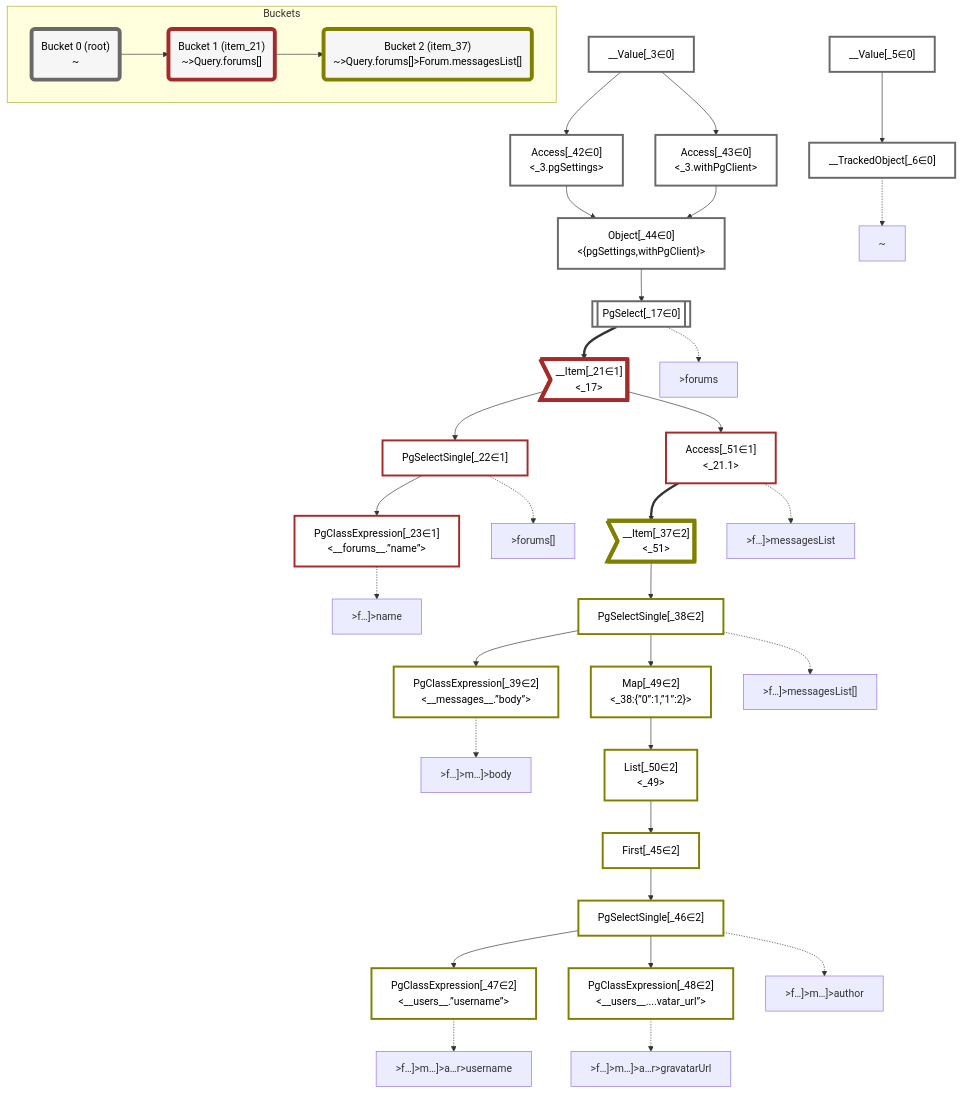
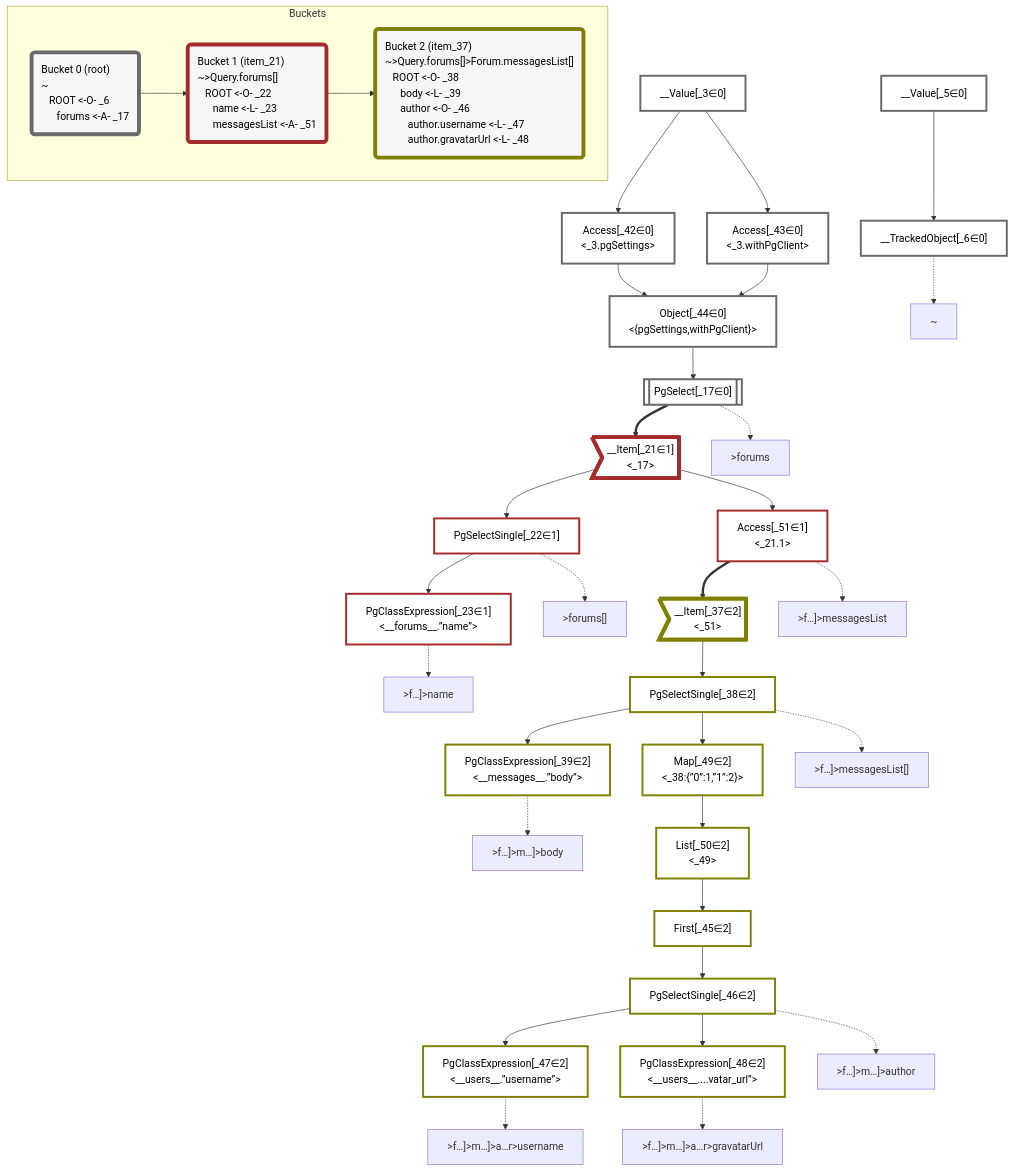
One commit to graphile/crystal changed the diagram in packages/dataplan-pg/__tests__/queries/conditions/include-all-archived.mermaid.md. Above: the diagram before and after it, drawn with Mermaid. The commit also changed 195 other files, not shown here.

```diff
--- a/packages/dataplan-pg/__tests__/queries/conditions/include-all-archived.mermaid.md
+++ b/packages/dataplan-pg/__tests__/queries/conditions/include-all-archived.mermaid.md
@@ -4,7 +4,7 @@
     classDef plan fill:#fff,stroke-width:3px,color:#000
     classDef itemplan fill:#fff,stroke-width:6px,color:#000
     classDef sideeffectplan fill:#f00,stroke-width:6px,color:#000
-    classDef bucket fill:#f6f6f6,color:#000,stroke-width:6px
+    classDef bucket fill:#f6f6f6,color:#000,stroke-width:6px,text-align:left
 
 
     %% define plans
@@ -81,12 +81,12 @@
     class __Item_37,PgSelectSingle_38,PgClassExpression_39,First_45,PgSelectSingle_46,PgClassExpression_47,PgClassExpression_48,Map_49,List_50 bucket2
 
     subgraph Buckets
-    Bucket0("Bucket 0 (root)<br />~"):::bucket
+    Bucket0("Bucket 0 (root)<br />~<br />⠀ROOT <-O- _6<br />⠀⠀forums <-A- _17"):::bucket
     style Bucket0 stroke:#696969
-    Bucket1("Bucket 1 (item_21)<br />~>Query.forums[]"):::bucket
+    Bucket1("Bucket 1 (item_21)<br />~>Query.forums[]<br />⠀ROOT <-O- _22<br />⠀⠀name <-L- _23<br />⠀⠀messagesList <-A- _51"):::bucket
     style Bucket1 stroke:#a52a2a
     Bucket0 --> Bucket1
-    Bucket2("Bucket 2 (item_37)<br />~>Query.forums[]>Forum.messagesList[]"):::bucket
+    Bucket2("Bucket 2 (item_37)<br />~>Query.forums[]>Forum.messagesList[]<br />⠀ROOT <-O- _38<br />⠀⠀body <-L- _39<br />⠀⠀author <-O- _46<br />⠀⠀⠀author.username <-L- _47<br />⠀⠀⠀author.gravatarUrl <-L- _48"):::bucket
     style Bucket2 stroke:#808000
     Bucket1 --> Bucket2
     end
```
